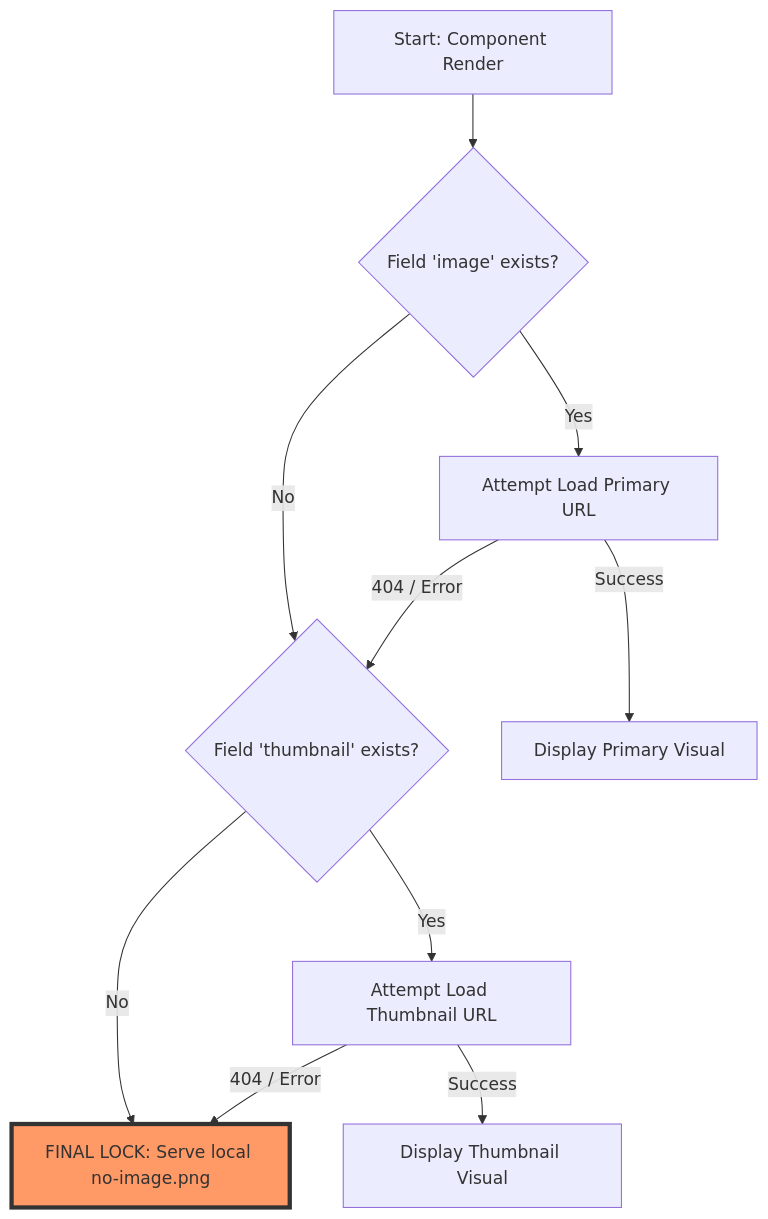
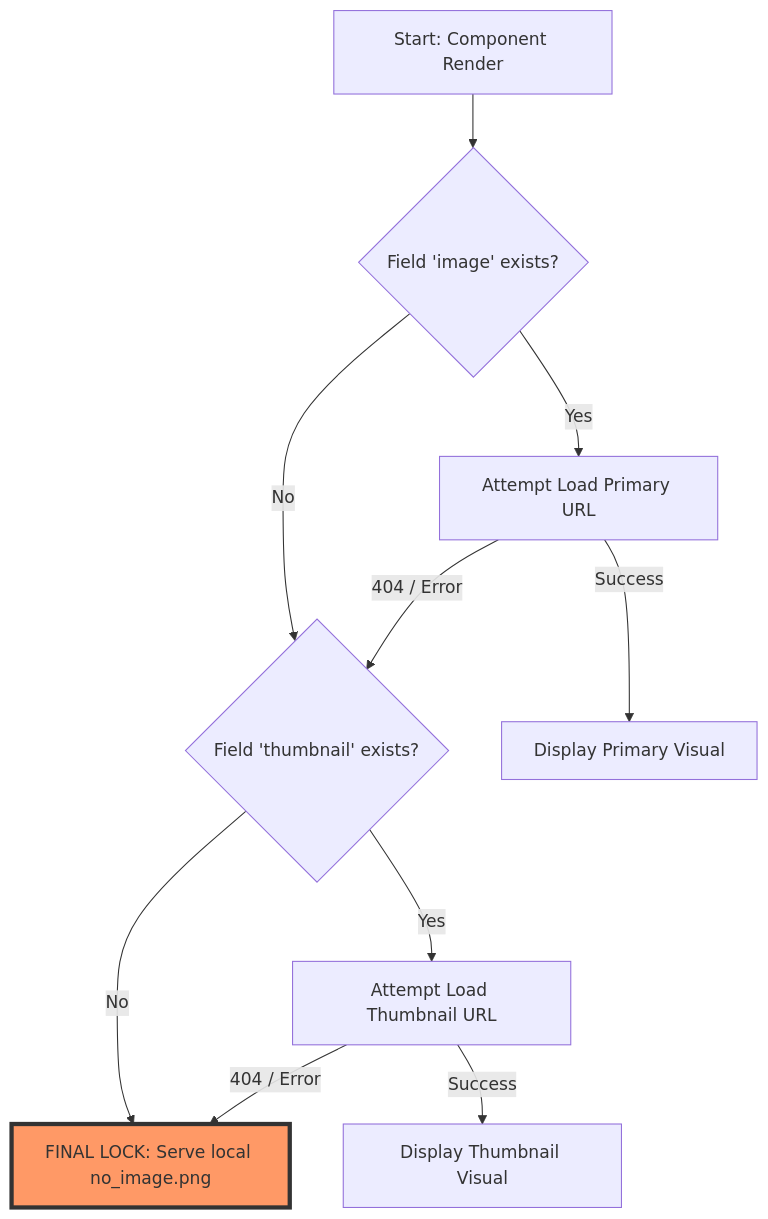
The first of 2 diagrams in PRODUCT_IMAGE_ARCHITECTURE.md (joshuatochinwachi/HollowScan-Mobile-App), drawn with Mermaid before and after one commit. The commit also changed other lines of this file and 4 other files, not shown here.

````diff
--- a/PRODUCT_IMAGE_ARCHITECTURE.md
+++ b/PRODUCT_IMAGE_ARCHITECTURE.md
@@ -11,17 +11,17 @@
 ```mermaid
 graph TD
     A[Start: Component Render] --> B{Field 'image' exists?}
     B -- Yes --> C[Attempt Load Primary URL]
     B -- No --> D{Field 'thumbnail' exists?}
     
     C -- 404 / Error --> D
     C -- Success --> E[Display Primary Visual]
     
     D -- Yes --> F[Attempt Load Thumbnail URL]
-    D -- No --> G[FINAL LOCK: Serve local no-image.png]
+    D -- No --> G[FINAL LOCK: Serve local no_image.png]
     
     F -- 404 / Error --> G
     F -- Success --> H[Display Thumbnail Visual]
     
     style G fill:#f96,stroke:#333,stroke-width:4px
 ```
````
